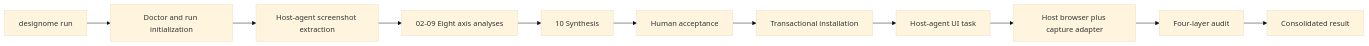
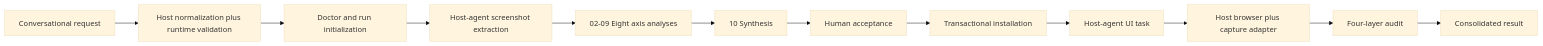
One commit to jude-bayiha/designome changed the diagram in docs/architecture-and-methodology.md. Above: the diagram before and after it, drawn with Mermaid (base theme). The commit also changed other lines of this file and 5 other files, not shown here.

Commit message:
docs(repo): document conversational request workflow

````diff
--- a/docs/architecture-and-methodology.md
+++ b/docs/architecture-and-methodology.md
@@ -16,13 +17,14 @@
 ```mermaid
 flowchart LR
-    A["designome run"] --> B["Doctor and run initialization"]
-    B --> C["Host-agent screenshot extraction"]
-    C --> D["02-09 Eight axis analyses"]
-    D --> E["10 Synthesis"]
-    E --> F["Human acceptance"]
-    F --> G["Transactional installation"]
-    G --> H["Host-agent UI task"]
-    H --> I["Host browser plus capture adapter"]
-    I --> J["Four-layer audit"]
-    J --> K["Consolidated result"]
+    A["Conversational request"] --> B["Host normalization plus runtime validation"]
+    B --> C["Doctor and run initialization"]
+    C --> D["Host-agent screenshot extraction"]
+    D --> E["02-09 Eight axis analyses"]
+    E --> F["10 Synthesis"]
+    F --> G["Human acceptance"]
+    G --> H["Transactional installation"]
+    H --> I["Host-agent UI task"]
+    I --> J["Host browser plus capture adapter"]
+    J --> K["Four-layer audit"]
+    K --> L["Consolidated result"]
 ```
````
